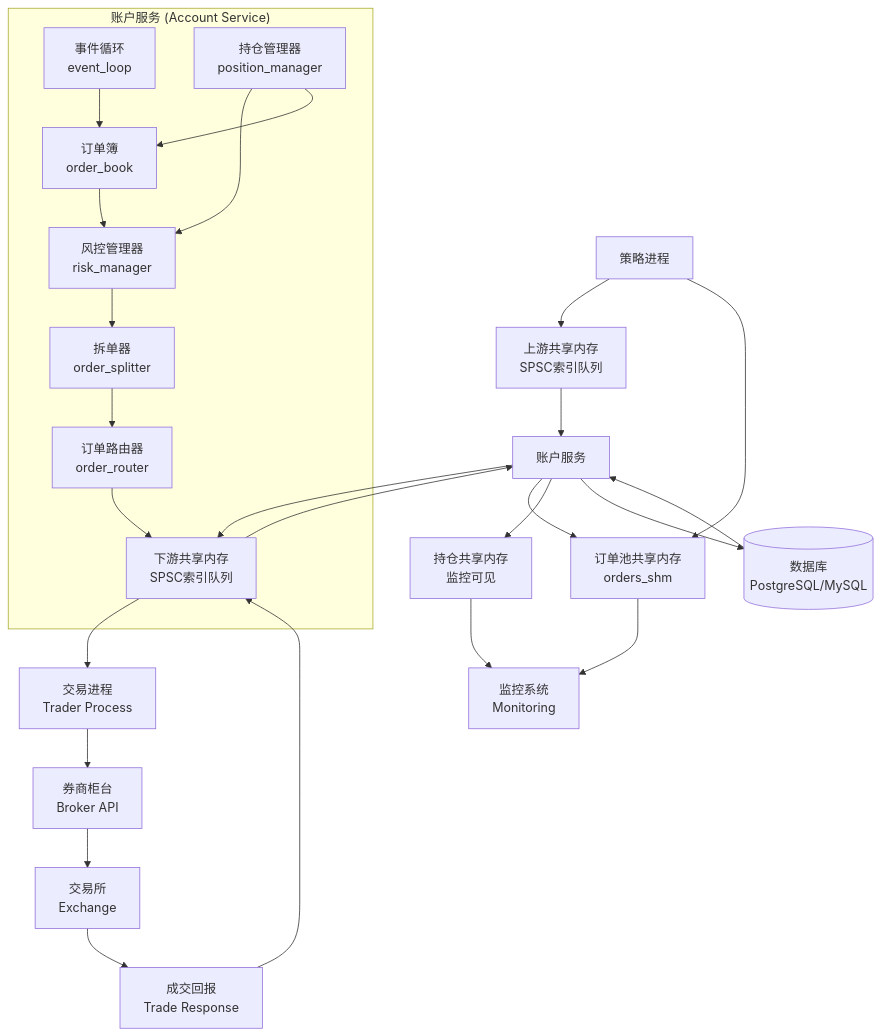
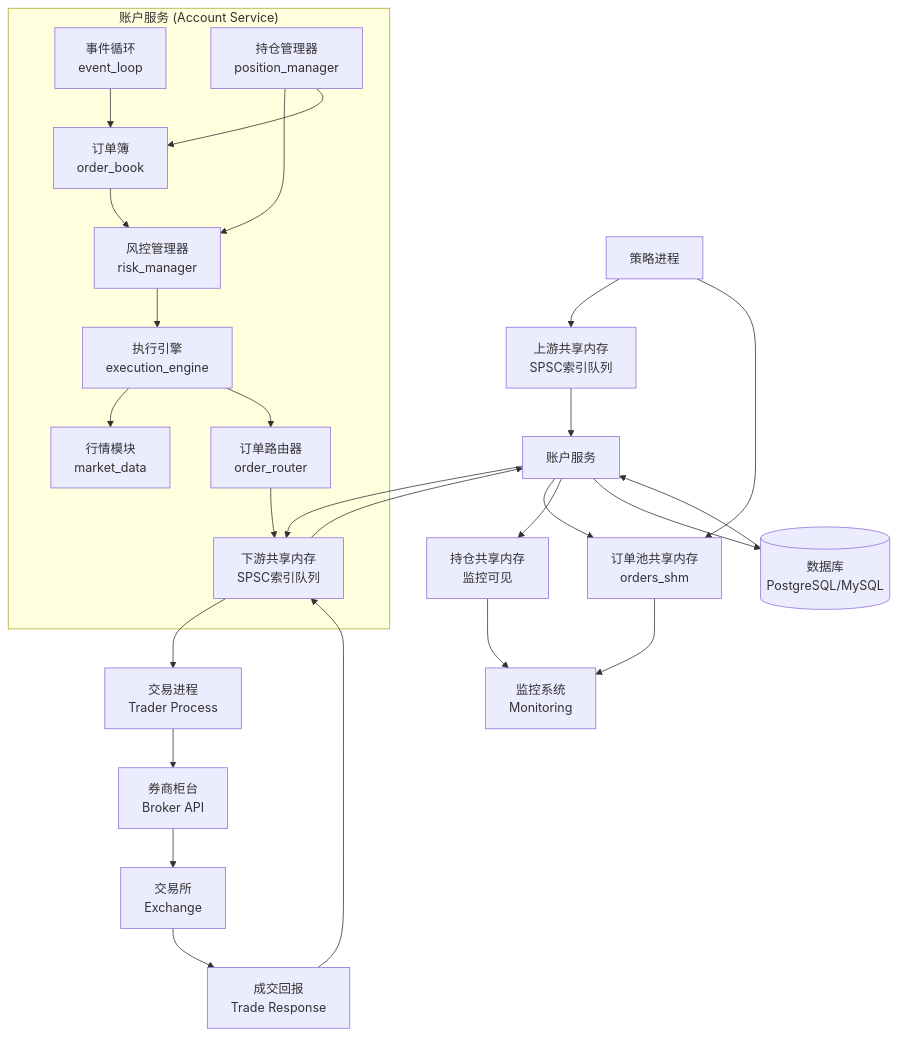
Before and after one commit to monstersama/account_services: the third of 4 diagrams in docs/order_flowchart.md, drawn with Mermaid. The commit also changed other lines of this file and 56 other files, not shown here.

````diff
--- a/docs/order_flowchart.md
+++ b/docs/order_flowchart.md
@@ -159,51 +163,53 @@
 ```mermaid
 graph TB
     %% 外部系统
     Strategy[策略进程] --> UpstreamSHM[上游共享内存<br/>SPSC索引队列]
     Strategy --> OrdersSHM[订单池共享内存<br/>orders_shm]
 
     UpstreamSHM --> AccountService[账户服务]
 
     %% 账户服务内部组件
     subgraph "账户服务 (Account Service)"
         EventLoop[事件循环<br/>event_loop]
         OrderBook[订单簿<br/>order_book]
         RiskManager[风控管理器<br/>risk_manager]
-        OrderSplitter[拆单器<br/>order_splitter]
+        ExecutionEngine[执行引擎<br/>execution_engine]
+        MarketData[行情模块<br/>market_data]
         OrderRouter[订单路由器<br/>order_router]
         PositionManager[持仓管理器<br/>position_manager]
 
         EventLoop --> OrderBook
         OrderBook --> RiskManager
-        RiskManager --> OrderSplitter
-        OrderSplitter --> OrderRouter
+        RiskManager --> ExecutionEngine
+        ExecutionEngine --> MarketData
+        ExecutionEngine --> OrderRouter
         OrderRouter --> DownstreamSHM
         PositionManager --> RiskManager
         PositionManager --> OrderBook
     end
 
     AccountService --> DownstreamSHM[下游共享内存<br/>SPSC索引队列]
     AccountService --> OrdersSHM
 
     DownstreamSHM --> Trader[交易进程<br/>Trader Process]
 
     Trader --> Broker[券商柜台<br/>Broker API]
 
     Broker --> Exchange[交易所<br/>Exchange]
 
     Exchange --> TradeResponse[成交回报<br/>Trade Response]
 
     TradeResponse --> DownstreamSHM
 
     DownstreamSHM --> AccountService
 
     %% 数据存储和监控
     OrdersSHM --> Monitor[监控系统<br/>Monitoring]
     AccountService --> PositionSHM[持仓共享内存<br/>监控可见]
 
     PositionSHM --> Monitor[监控系统<br/>Monitoring]
 
     AccountService --> Database[(数据库<br/>PostgreSQL/MySQL)]
 
     Database --> AccountService
 ```
````
